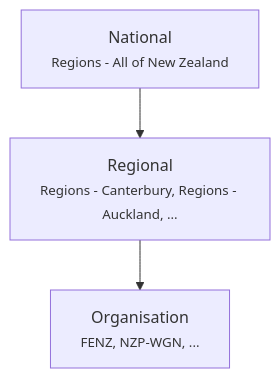
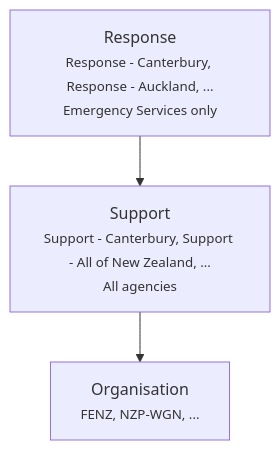
Before and after one commit to TAK-NZ/user-docs: the diagram in docs/concepts/tak-nz-network.md, drawn with Mermaid. The commit also changed other lines of this file and 7 other files, not shown here.

First line of the commit message:
docs: split regional channels into Response and Support tiers (#6)

````diff
--- a/docs/concepts/tak-nz-network.md
+++ b/docs/concepts/tak-nz-network.md
@@ -11,5 +11,5 @@
 ```mermaid
 flowchart TD
-    A["National<br/><small>Regions - All of New Zealand</small>"] --> B["Regional<br/><small>Regions - Canterbury, Regions - Auckland, ...</small>"]
+    A["Response<br/><small>Response - Canterbury, Response - Auckland, ...<br/>Emergency Services only</small>"] --> B["Support<br/><small>Support - Canterbury, Support - All of New Zealand, ...<br/>All agencies</small>"]
     B --> C["Organisation<br/><small>FENZ, NZP-WGN, ...</small>"]
 ```
````
